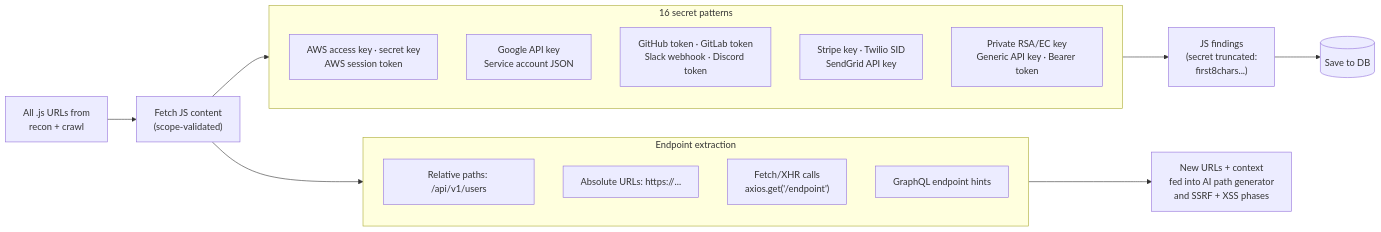
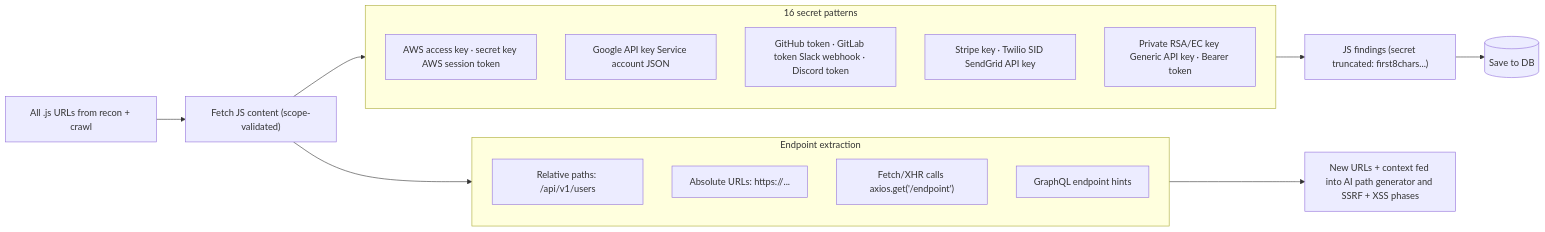
Before and after one commit to chegelawrence/liminal: the tenth of 12 diagrams in README.md, drawn with Mermaid. The commit also changed other lines of this file, not shown here.

````diff
--- a/README.md
+++ b/README.md
@@ -613,30 +613,30 @@
 ```mermaid
 flowchart LR
-    JS_URLS["All .js URLs from\nrecon + crawl"] --> FETCH
+    JS_URLS["All .js URLs from recon + crawl"] --> FETCH
 
-    FETCH["Fetch JS content\n(scope-validated)"] --> SECRETS
+    FETCH["Fetch JS content (scope-validated)"] --> SECRETS
 
     subgraph SECRETS["16 secret patterns"]
         direction TB
-        S1["AWS access key · secret key\nAWS session token"]
-        S2["Google API key\nService account JSON"]
-        S3["GitHub token · GitLab token\nSlack webhook · Discord token"]
-        S4["Stripe key · Twilio SID\nSendGrid API key"]
-        S5["Private RSA/EC key\nGeneric API key · Bearer token"]
+        S1["AWS access key · secret key AWS session token"]
+        S2["Google API key Service account JSON"]
+        S3["GitHub token · GitLab token Slack webhook · Discord token"]
+        S4["Stripe key · Twilio SID SendGrid API key"]
+        S5["Private RSA/EC key Generic API key · Bearer token"]
     end
 
     FETCH --> ENDPOINTS
 
     subgraph ENDPOINTS["Endpoint extraction"]
         direction TB
         E1["Relative paths: /api/v1/users"]
         E2["Absolute URLs: https://..."]
-        E3["Fetch/XHR calls\naxios.get('/endpoint')"]
+        E3["Fetch/XHR calls axios.get('/endpoint')"]
         E4["GraphQL endpoint hints"]
     end
 
-    SECRETS --> FINDINGS["JS findings\n(secret truncated:\nfirst8chars...)"]
-    ENDPOINTS --> NEW_URLS["New URLs + context\nfed into AI path generator\nand SSRF + XSS phases"]
+    SECRETS --> FINDINGS["JS findings (secret truncated: first8chars...)"]
+    ENDPOINTS --> NEW_URLS["New URLs + context fed into AI path generator and SSRF + XSS phases"]
 
     FINDINGS --> DB[("Save to DB")]
 ```
````
